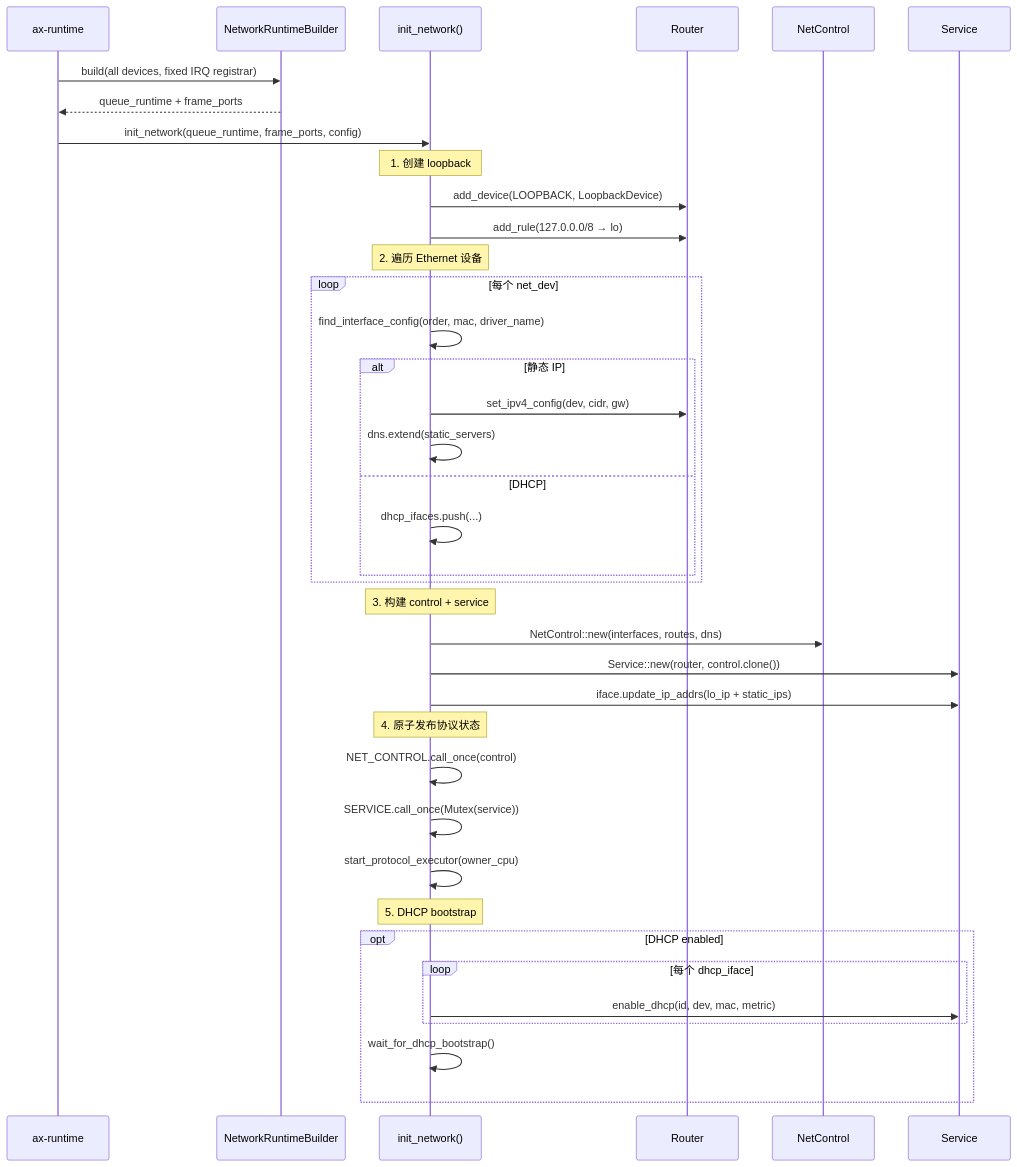
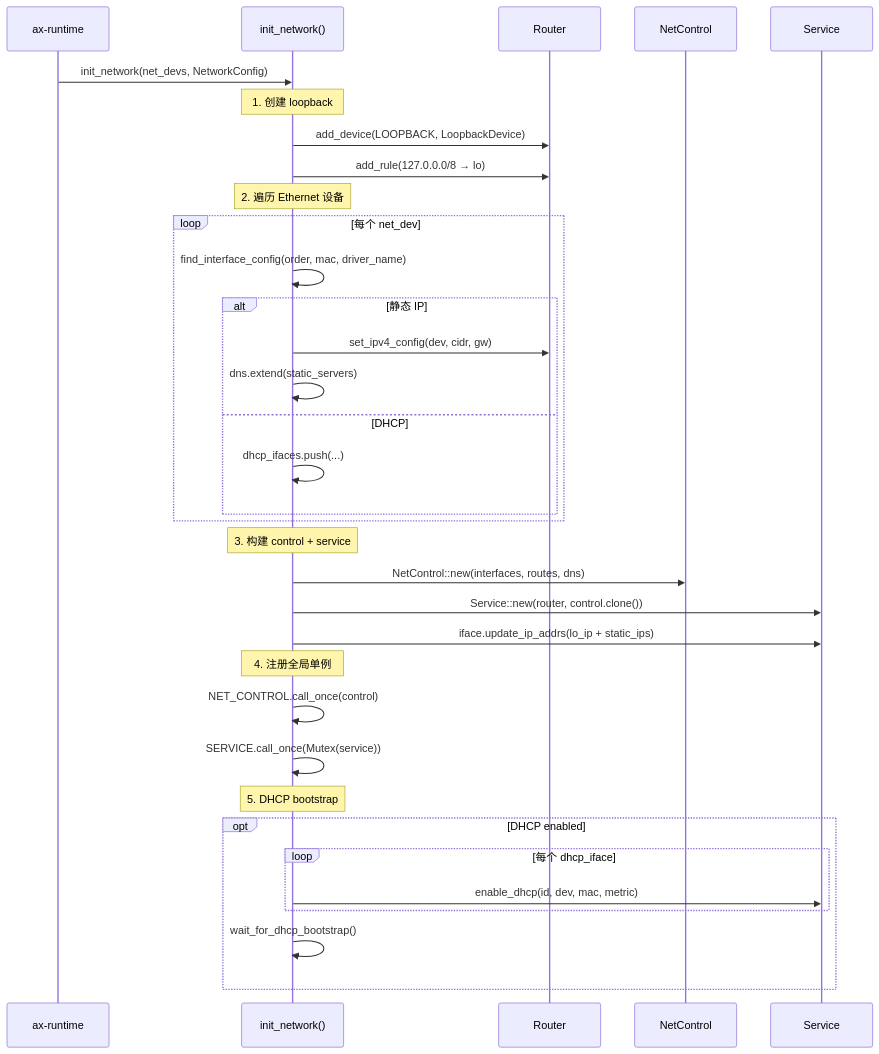
One commit to Dirinkbottle/tgoskits changed the second of 3 diagrams in docs/docs/architecture/net/control.md. Above: the diagram before and after it, drawn with Mermaid. The commit also changed other lines of this file and 3840 other files, not shown here.

````diff
--- a/docs/docs/architecture/net/control.md
+++ b/docs/docs/architecture/net/control.md
@@ -44,47 +65,42 @@
 ```mermaid
 sequenceDiagram
     participant Runtime as ax-runtime
-    participant Builder as NetworkRuntimeBuilder
     participant Lib as init_network()
     participant Router as Router
     participant Control as NetControl
     participant Service as Service
 
-    Runtime->>Builder: build(all devices, fixed IRQ registrar)
-    Builder-->>Runtime: queue_runtime + frame_ports
-    Runtime->>Lib: init_network(queue_runtime, frame_ports, config)
+    Runtime->>Lib: init_network(net_devs, NetworkConfig)
 
     Note over Lib: 1. 创建 loopback
     Lib->>Router: add_device(LOOPBACK, LoopbackDevice)
     Lib->>Router: add_rule(127.0.0.0/8 → lo)
 
     Note over Lib: 2. 遍历 Ethernet 设备
     loop 每个 net_dev
         Lib->>Lib: find_interface_config(order, mac, driver_name)
         alt 静态 IP
             Lib->>Router: set_ipv4_config(dev, cidr, gw)
             Lib->>Lib: dns.extend(static_servers)
         else DHCP
             Lib->>Lib: dhcp_ifaces.push(...)
         end
     end
 
     Note over Lib: 3. 构建 control + service
     Lib->>Control: NetControl::new(interfaces, routes, dns)
     Lib->>Service: Service::new(router, control.clone())
     Lib->>Service: iface.update_ip_addrs(lo_ip + static_ips)
 
-    Note over Lib: 4. 原子发布协议状态
+    Note over Lib: 4. 注册全局单例
     Lib->>Lib: NET_CONTROL.call_once(control)
     Lib->>Lib: SERVICE.call_once(Mutex(service))
-
-    Lib->>Lib: start_protocol_executor(owner_cpu)
 
     Note over Lib: 5. DHCP bootstrap
     opt DHCP enabled
         loop 每个 dhcp_iface
             Lib->>Service: enable_dhcp(id, dev, mac, metric)
         end
         Lib->>Lib: wait_for_dhcp_bootstrap()
     end
 ```
````
